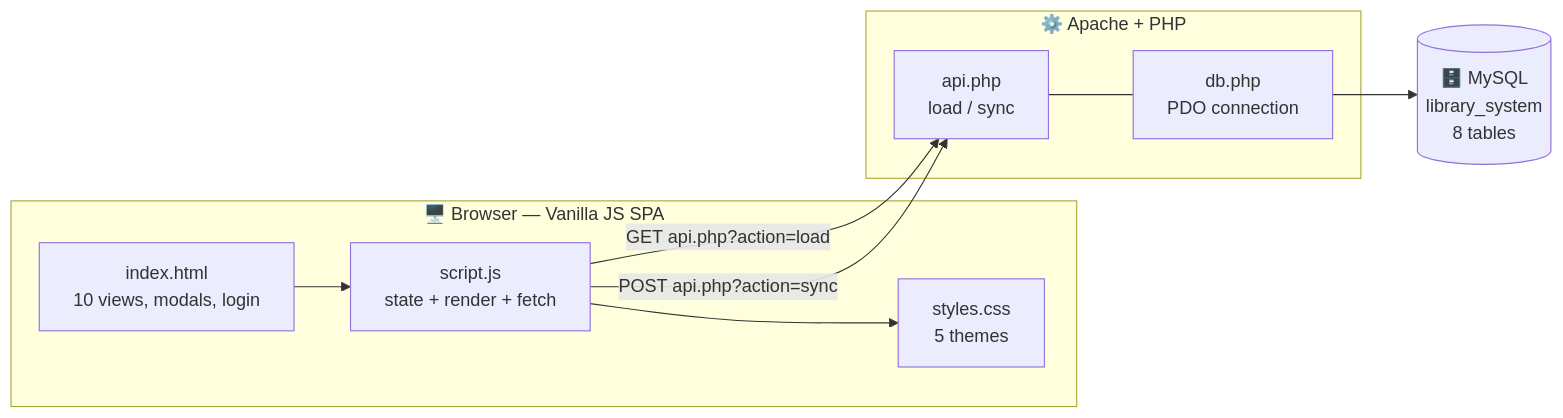
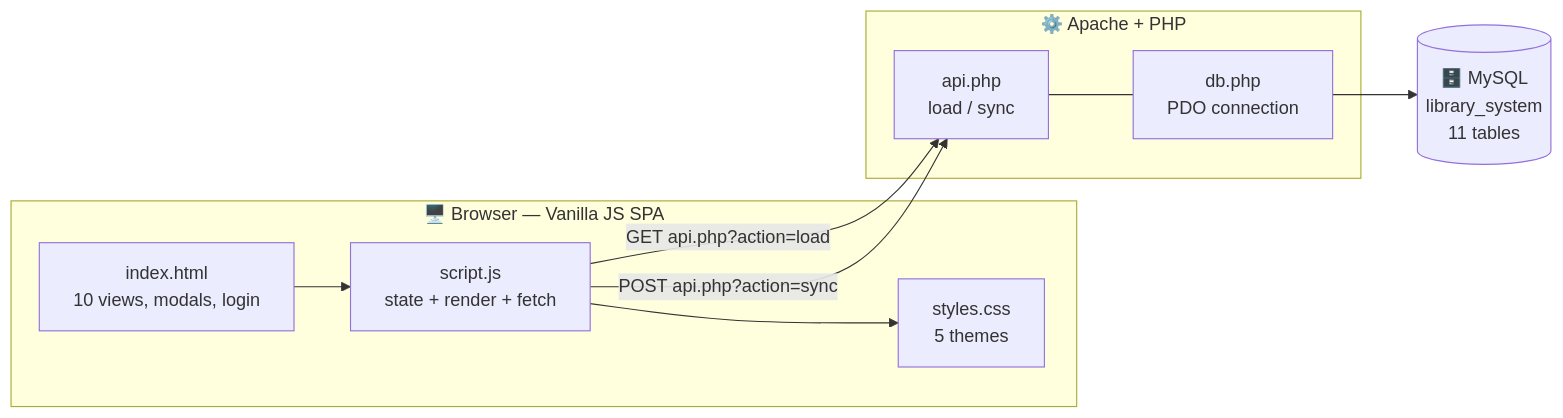
The diagram in README.md (Ashborn1/LMS), drawn with Mermaid before and after one commit. The commit also changed other lines of this file and 6 other files, not shown here.

Commit message:
updated backend and frontend files to include new database schema and presentation data

````diff
--- a/README.md
+++ b/README.md
@@ -75,20 +75,20 @@
 ```mermaid
 flowchart LR
     subgraph Browser["🖥️ Browser — Vanilla JS SPA"]
         UI["index.html<br/>10 views, modals, login"]
         JS["script.js<br/>state + render + fetch"]
         CSS["styles.css<br/>5 themes"]
         UI --> JS --> CSS
     end
 
     subgraph Server["⚙️ Apache + PHP"]
         API["api.php<br/>load / sync"]
         DB["db.php<br/>PDO connection"]
         API --- DB
     end
 
-    DB --> SQL[("🗄️ MySQL<br/>library_system<br/>8 tables")]
+    DB --> SQL[("🗄️ MySQL<br/>library_system<br/>11 tables")]
 
     JS -- "GET api.php?action=load" --> API
     JS -- "POST api.php?action=sync" --> API
 ```
````
